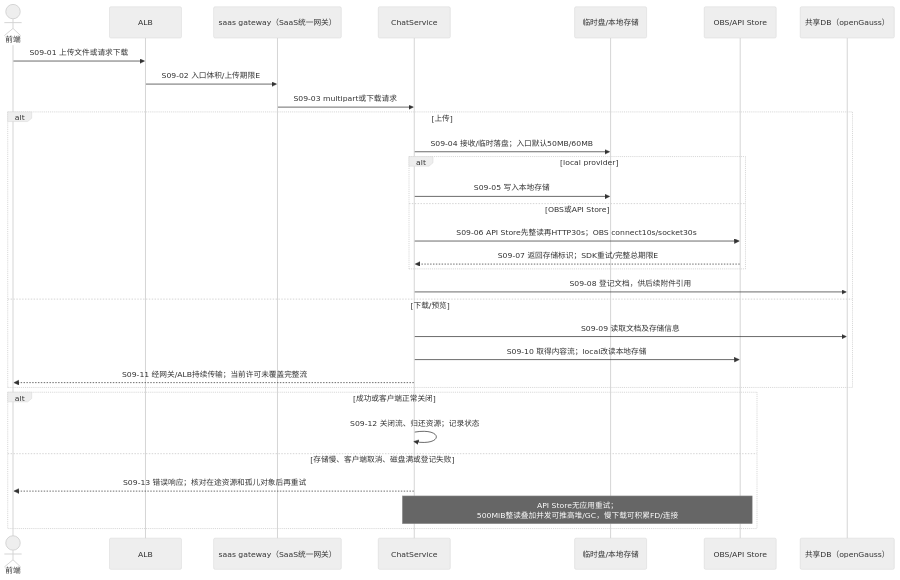
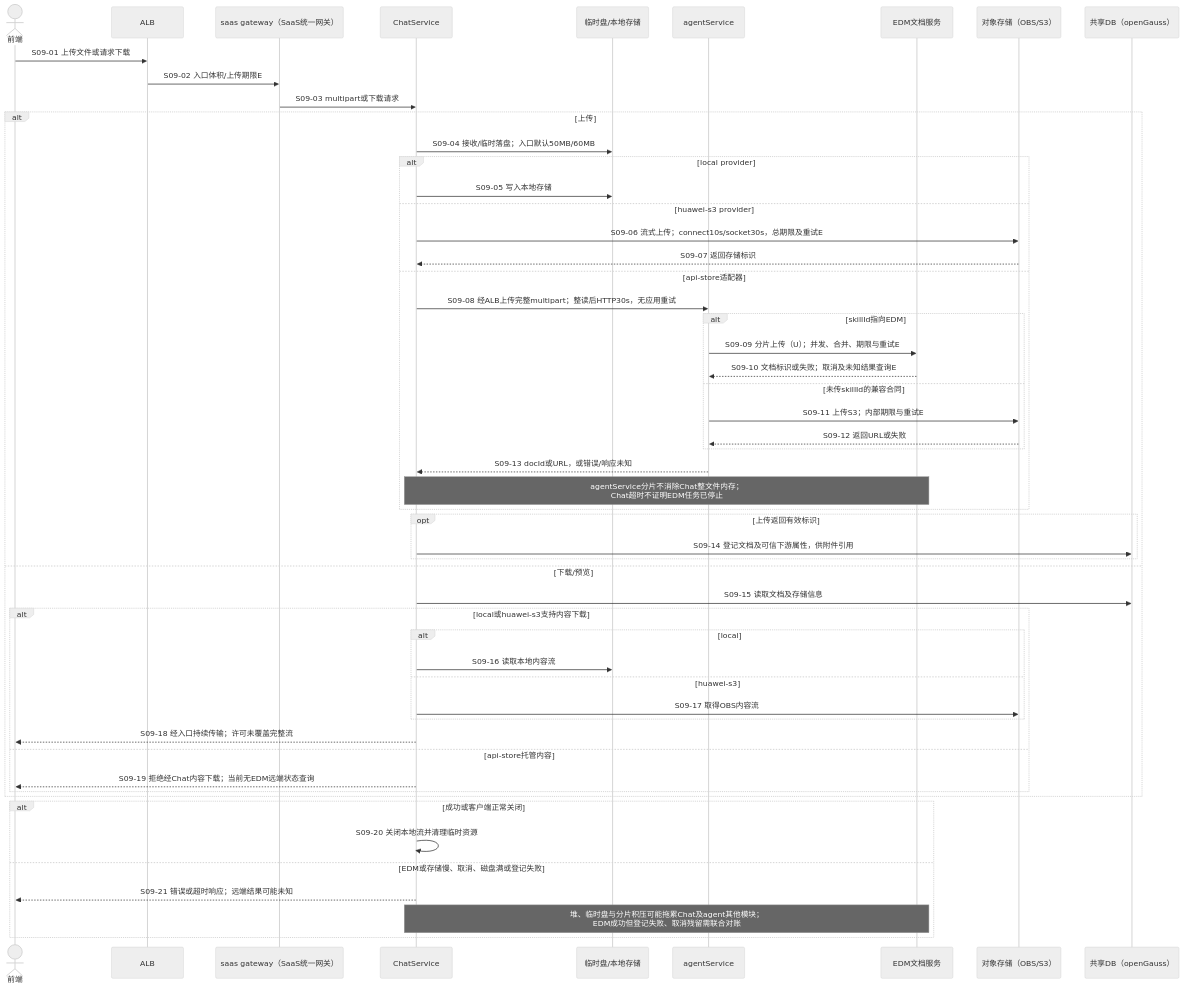
The ninth of 12 diagrams in docs/architecture/high-availability/scenarios.md (kunben-duck/exweb), drawn with Mermaid (neutral theme) before and after one commit. The commit also changed other lines of this file and 9 other files, not shown here.

Commit message:
docs: clarify agent service EDM uploads and direct upload hardening

````diff
--- a/docs/architecture/high-availability/scenarios.md
+++ b/docs/architecture/high-availability/scenarios.md
@@ -430,33 +430,56 @@
 ```mermaid
 sequenceDiagram
 actor WEB as 前端
     participant ALB
     participant GW as saas gateway（SaaS统一网关）
     participant CHAT as ChatService
     participant DISK as 临时盘/本地存储
-    participant STORE as OBS/API Store
+    participant AGENT as agentService
+    participant EDM as EDM文档服务
+    participant STORE as 对象存储（OBS/S3）
     participant DB as 共享DB（openGauss）
     WEB->>ALB: S09-01 上传文件或请求下载
     ALB->>GW: S09-02 入口体积/上传期限E
     GW->>CHAT: S09-03 multipart或下载请求
     alt 上传
         CHAT->>DISK: S09-04 接收/临时落盘；入口默认50MB/60MB
         alt local provider
             CHAT->>DISK: S09-05 写入本地存储
-        else OBS或API Store
-            CHAT->>STORE: S09-06 API Store先整读再HTTP30s；OBS connect10s/socket30s
-            STORE-->>CHAT: S09-07 返回存储标识；SDK重试/完整总期限E
+        else huawei-s3 provider
+            CHAT->>STORE: S09-06 流式上传；connect10s/socket30s，总期限及重试E
+            STORE-->>CHAT: S09-07 返回存储标识
+        else api-store适配器
+            CHAT->>AGENT: S09-08 经ALB上传完整multipart；整读后HTTP30s，无应用重试
+            alt skillId指向EDM
+                AGENT->>EDM: S09-09 分片上传（U）；并发、合并、期限与重试E
+                EDM-->>AGENT: S09-10 文档标识或失败；取消及未知结果查询E
+            else 未传skillId的兼容合同
+                AGENT->>STORE: S09-11 上传S3；内部期限与重试E
+                STORE-->>AGENT: S09-12 返回URL或失败
+            end
+            AGENT-->>CHAT: S09-13 docId或URL，或错误/响应未知
+            Note over CHAT,EDM: agentService分片不消除Chat整文件内存；<br/>Chat超时不证明EDM任务已停止
         end
-        CHAT->>DB: S09-08 登记文档，供后续附件引用
+        opt 上传返回有效标识
+            CHAT->>DB: S09-14 登记文档及可信下游属性，供附件引用
+        end
     else 下载/预览
-        CHAT->>DB: S09-09 读取文档及存储信息
-        CHAT->>STORE: S09-10 取得内容流；local改读本地存储
-        CHAT-->>WEB: S09-11 经网关/ALB持续传输；当前许可未覆盖完整流
+        CHAT->>DB: S09-15 读取文档及存储信息
+        alt local或huawei-s3支持内容下载
+            alt local
+                CHAT->>DISK: S09-16 读取本地内容流
+            else huawei-s3
+                CHAT->>STORE: S09-17 取得OBS内容流
+            end
+            CHAT-->>WEB: S09-18 经入口持续传输；许可未覆盖完整流
+        else api-store托管内容
+            CHAT-->>WEB: S09-19 拒绝经Chat内容下载；当前无EDM远端状态查询
+        end
     end
     alt 成功或客户端正常关闭
-        CHAT->>CHAT: S09-12 关闭流、归还资源；记录状态
-    else 存储慢、客户端取消、磁盘满或登记失败
-        CHAT-->>WEB: S09-13 错误响应；核对在途资源和孤儿对象后再重试
-        Note over CHAT,STORE: API Store无应用重试；<br/>500MiB整读叠加并发可推高堆/GC，慢下载可积累FD/连接
+        CHAT->>CHAT: S09-20 关闭本地流并清理临时资源
+    else EDM或存储慢、取消、磁盘满或登记失败
+        CHAT-->>WEB: S09-21 错误或超时响应；远端结果可能未知
+        Note over CHAT,EDM: 堆、临时盘与分片积压可能拖累Chat及agent其他模块；<br/>EDM成功但登记失败、取消残留需联合对账
     end
 ```
````
